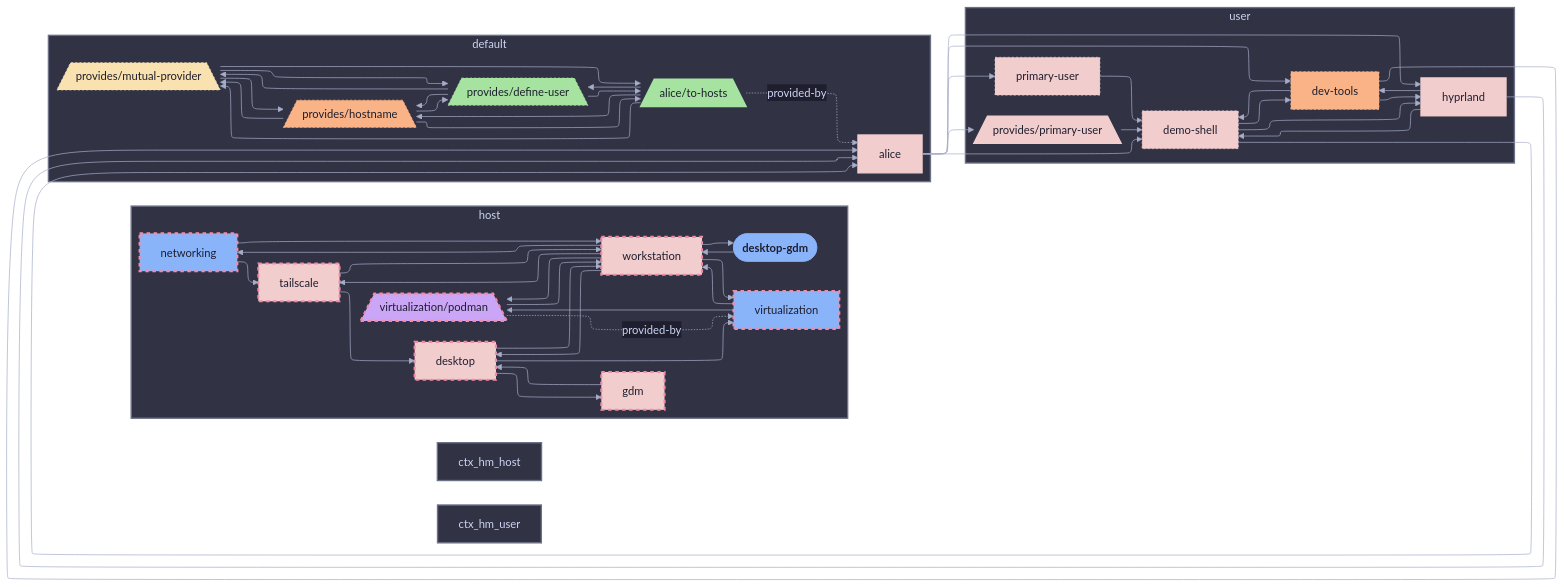
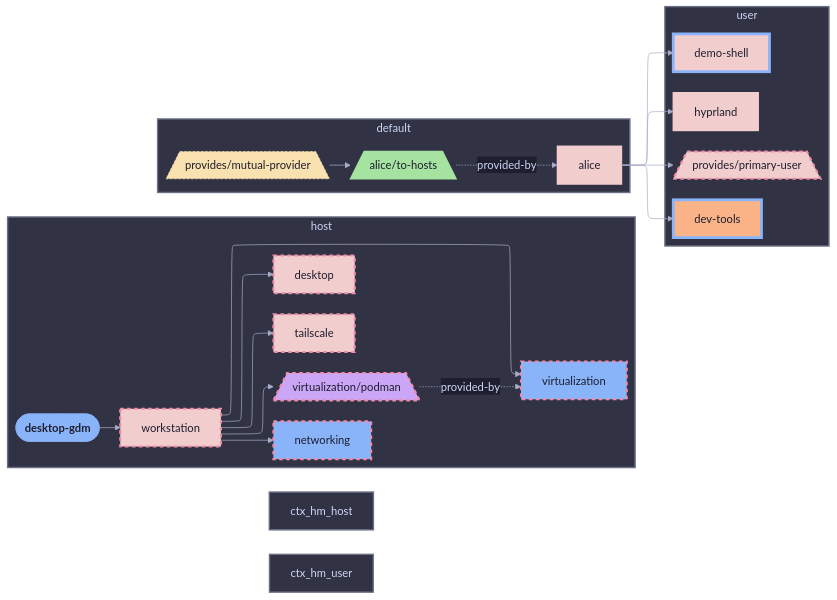
One commit to sini/den changed the diagram in templates/diag-fx-demo/diagrams/desktop-gdm-diff-classes.md. Above: the diagram before and after it, drawn with Mermaid. The commit also changed 849 other files, not shown here.

Commit message:
chore: update fx diagrams

```diff
--- a/templates/diag-fx-demo/diagrams/desktop-gdm-diff-classes.md
+++ b/templates/diag-fx-demo/diagrams/desktop-gdm-diff-classes.md
@@ -9,96 +9,53 @@
 
   subgraph ctx_host["host"]
   desktop["desktop"]:::desktop_c
-  gdm["gdm"]:::gdm_c
   networking["networking"]:::networking_c
   virtualization__podman[/"virtualization/podman"\]:::virtualization__podman_c
   tailscale["tailscale"]:::tailscale_c
   virtualization["virtualization"]:::virtualization_c
   workstation["workstation"]:::workstation_c
-  desktop --> gdm
-  desktop --> virtualization
-  desktop --> workstation
   desktop_gdm --> workstation
-  gdm --> desktop
-  networking --> tailscale
-  networking --> workstation
-  tailscale --> desktop
-  tailscale --> workstation
-  virtualization --> virtualization__podman
-  virtualization --> workstation
   virtualization__podman -.->|provided-by| virtualization
-  virtualization__podman --> workstation
   workstation --> desktop
-  workstation --> desktop_gdm
   workstation --> networking
   workstation --> tailscale
   workstation --> virtualization
   workstation --> virtualization__podman
   end
   subgraph ctx_default["default"]
-  den__provides__define_user[/"provides/define-user"\]:::den__provides__define_user_c
-  den__provides__hostname[/"provides/hostname"\]:::den__provides__hostname_c
   den__provides__mutual_provider[/"provides/mutual-provider"\]:::den__provides__mutual_provider_c
   alice__to_hosts[/"alice/to-hosts"\]:::alice__to_hosts_c
   alice__to_hosts -.->|provided-by| alice
-  alice__to_hosts --> den__provides__define_user
-  alice__to_hosts --> den__provides__hostname
-  alice__to_hosts --> den__provides__mutual_provider
-  den__provides__define_user --> alice__to_hosts
-  den__provides__define_user --> den__provides__hostname
-  den__provides__define_user --> den__provides__mutual_provider
-  den__provides__hostname --> alice__to_hosts
-  den__provides__hostname --> den__provides__define_user
-  den__provides__hostname --> den__provides__mutual_provider
   den__provides__mutual_provider --> alice__to_hosts
-  den__provides__mutual_provider --> den__provides__define_user
-  den__provides__mutual_provider --> den__provides__hostname
   end
   subgraph ctx_user["user"]
   alice["alice"]:::alice_c
+  hyprland["hyprland"]:::hyprland_c
+  den__provides__primary_user[/"provides/primary-user"\]:::den__provides__primary_user_c
   demo_shell["demo-shell"]:::demo_shell_c
   dev_tools["dev-tools"]:::dev_tools_c
-  hyprland["hyprland"]:::hyprland_c
-  primary_user["primary-user"]:::primary_user_c
-  den__provides__primary_user[/"provides/primary-user"\]:::den__provides__primary_user_c
+  alice --> den__provides__primary_user
+  alice --> hyprland
   alice --> demo_shell
-  alice --> den__provides__primary_user
   alice --> dev_tools
-  alice --> hyprland
-  alice --> primary_user
-  demo_shell --> alice
-  demo_shell --> dev_tools
-  demo_shell --> hyprland
-  den__provides__primary_user --> demo_shell
-  dev_tools --> alice
-  dev_tools --> demo_shell
-  dev_tools --> hyprland
-  hyprland --> alice
-  hyprland --> demo_shell
-  hyprland --> dev_tools
-  primary_user --> demo_shell
   end
 
 
   classDef root fill:#89b4fa,stroke:#89b4fa,color:#1e1e2e,font-weight:bold
   classDef alice_c fill:#f2cdcd,stroke:#f2cdcd,color:#1e1e2e,stroke-width:2px
-  classDef den__provides__define_user_c fill:#a6e3a1,stroke:#a6e3a1,color:#1e1e2e,stroke-dasharray: 3 3,stroke-width:1px
-  classDef demo_shell_c fill:#f2cdcd,stroke:#f2cdcd,color:#1e1e2e,stroke-dasharray: 3 3,stroke-width:1px
   classDef desktop_c fill:#f2cdcd,stroke:#f38ba8,color:#1e1e2e,stroke-dasharray: 5 5,stroke-width:3px
   classDef desktop_gdm_c fill:#f2cdcd,stroke:#f38ba8,color:#1e1e2e,stroke-dasharray: 5 5,stroke-width:3px
-  classDef dev_tools_c fill:#fab387,stroke:#fab387,color:#1e1e2e,stroke-dasharray: 3 3,stroke-width:1px
-  classDef gdm_c fill:#f2cdcd,stroke:#f38ba8,color:#1e1e2e,stroke-dasharray: 5 5,stroke-width:3px
-  classDef den__provides__hostname_c fill:#fab387,stroke:#fab387,color:#1e1e2e,stroke-dasharray: 3 3,stroke-width:1px
   classDef hyprland_c fill:#f2cdcd,stroke:#f2cdcd,color:#1e1e2e,stroke-width:2px
   classDef den__provides__mutual_provider_c fill:#f9e2af,stroke:#f9e2af,color:#1e1e2e,stroke-dasharray: 3 3,stroke-width:1px
   classDef networking_c fill:#89b4fa,stroke:#f38ba8,color:#1e1e2e,stroke-dasharray: 5 5,stroke-width:3px
   classDef virtualization__podman_c fill:#cba6f7,stroke:#f38ba8,color:#1e1e2e,stroke-dasharray: 5 5,stroke-width:3px
-  classDef primary_user_c fill:#f2cdcd,stroke:#f2cdcd,color:#1e1e2e,stroke-dasharray: 3 3,stroke-width:1px
-  classDef den__provides__primary_user_c fill:#f2cdcd,stroke:#f2cdcd,color:#1e1e2e,stroke-width:2px
+  classDef den__provides__primary_user_c fill:#f2cdcd,stroke:#f38ba8,color:#1e1e2e,stroke-dasharray: 5 5,stroke-width:3px
   classDef tailscale_c fill:#f2cdcd,stroke:#f38ba8,color:#1e1e2e,stroke-dasharray: 5 5,stroke-width:3px
   classDef alice__to_hosts_c fill:#a6e3a1,stroke:#a6e3a1,color:#1e1e2e,stroke-width:2px
   classDef virtualization_c fill:#89b4fa,stroke:#f38ba8,color:#1e1e2e,stroke-dasharray: 5 5,stroke-width:3px
   classDef workstation_c fill:#f2cdcd,stroke:#f38ba8,color:#1e1e2e,stroke-dasharray: 5 5,stroke-width:3px
+  classDef demo_shell_c fill:#f2cdcd,stroke:#89b4fa,color:#1e1e2e,stroke-width:4px
+  classDef dev_tools_c fill:#fab387,stroke:#89b4fa,color:#1e1e2e,stroke-width:4px
 style ctx_host fill:#313244,stroke:#6c7086,stroke-width:2px
 style ctx_default fill:#313244,stroke:#6c7086,stroke-width:2px
 style ctx_hm_host fill:#313244,stroke:#6c7086,stroke-width:2px
```
